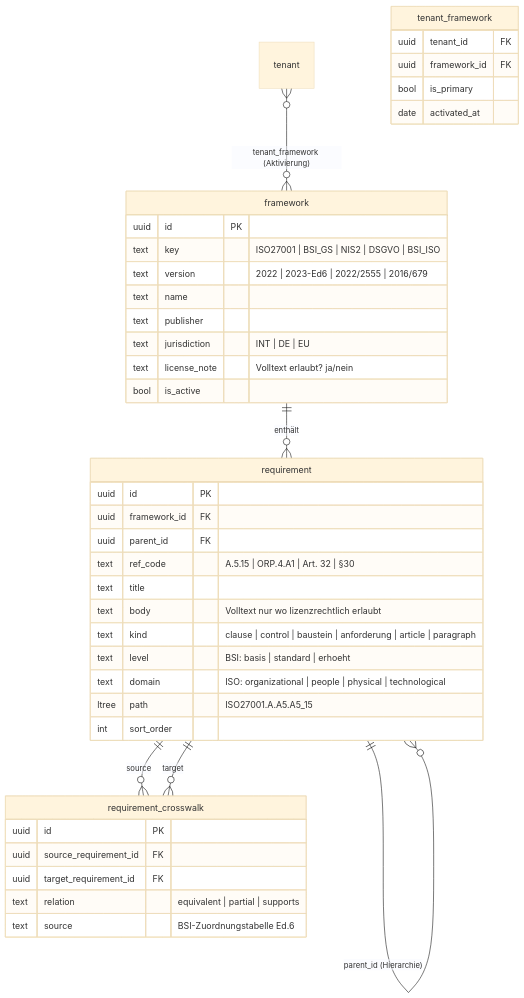
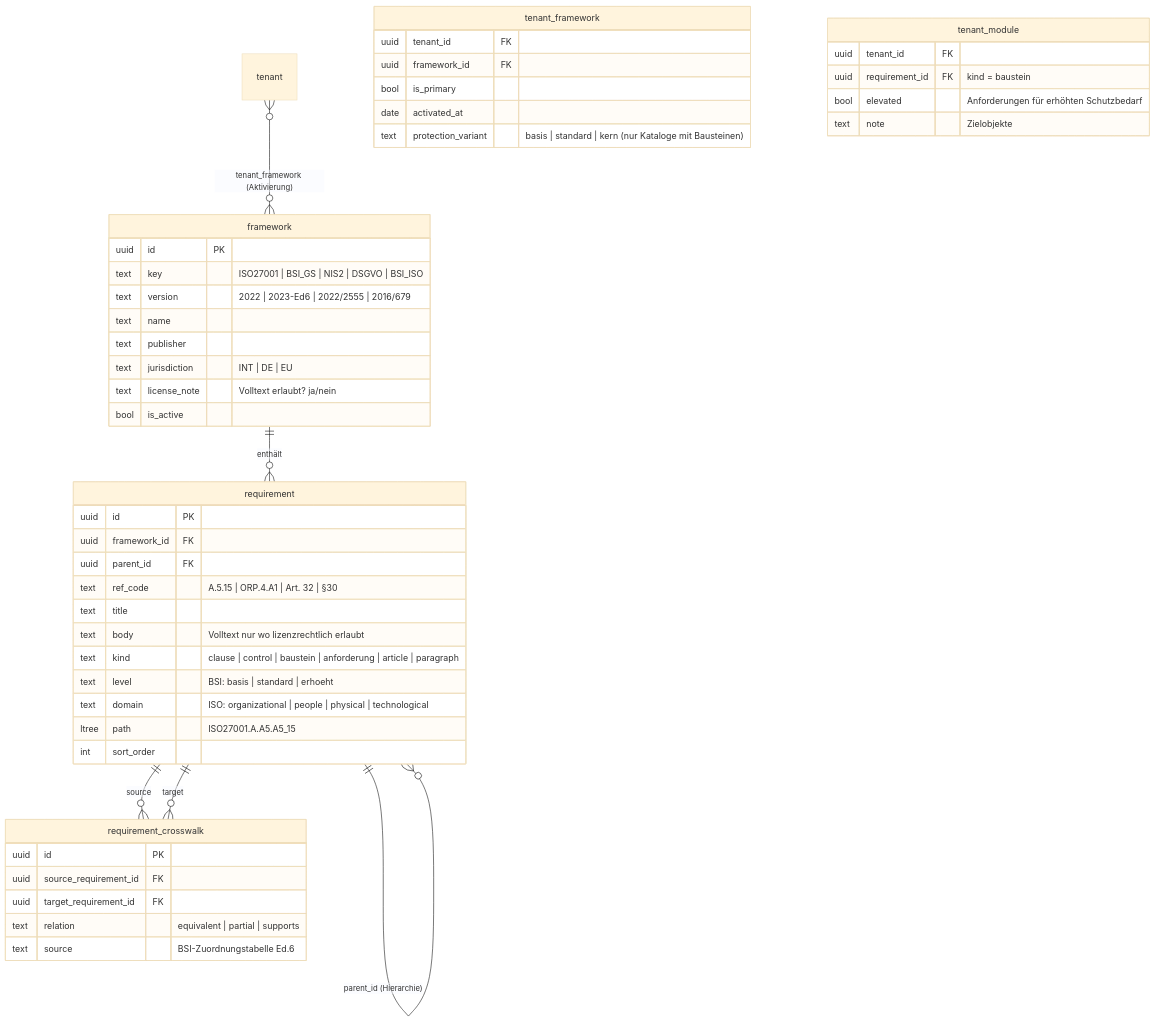
Before and after one commit to Kico-bot/ISMS_SaaS: the third of 9 diagrams in docs/architecture/01-datenmodell.md, drawn with Mermaid (base theme). The commit also changed other lines of this file and 55 other files, not shown here.

````diff
--- a/docs/architecture/01-datenmodell.md
+++ b/docs/architecture/01-datenmodell.md
@@ -165,45 +165,52 @@
 ```mermaid
 erDiagram
   framework ||--o{ requirement : "enthält"
   requirement ||--o{ requirement : "parent_id (Hierarchie)"
   requirement ||--o{ requirement_crosswalk : "source"
   requirement ||--o{ requirement_crosswalk : "target"
   tenant }o--o{ framework : "tenant_framework (Aktivierung)"
 
   framework {
     uuid id PK
     text key "ISO27001 | BSI_GS | NIS2 | DSGVO | BSI_ISO"
     text version "2022 | 2023-Ed6 | 2022/2555 | 2016/679"
     text name
     text publisher
     text jurisdiction "INT | DE | EU"
     text license_note "Volltext erlaubt? ja/nein"
     bool is_active
   }
   requirement {
     uuid id PK
     uuid framework_id FK
     uuid parent_id FK
     text ref_code "A.5.15 | ORP.4.A1 | Art. 32 | §30"
     text title
     text body "Volltext nur wo lizenzrechtlich erlaubt"
     text kind "clause | control | baustein | anforderung | article | paragraph"
     text level "BSI: basis | standard | erhoeht"
     text domain "ISO: organizational | people | physical | technological"
     ltree path "ISO27001.A.A5.A5_15"
     int sort_order
   }
   requirement_crosswalk {
     uuid id PK
     uuid source_requirement_id FK
     uuid target_requirement_id FK
     text relation "equivalent | partial | supports"
     text source "BSI-Zuordnungstabelle Ed.6"
   }
   tenant_framework {
     uuid tenant_id FK
     uuid framework_id FK
     bool is_primary
     date activated_at
+    text protection_variant "basis | standard | kern (nur Kataloge mit Bausteinen)"
+  }
+  tenant_module {
+    uuid tenant_id FK
+    uuid requirement_id FK "kind = baustein"
+    bool elevated "Anforderungen für erhöhten Schutzbedarf"
+    text note "Zielobjekte"
   }
 ```
````
